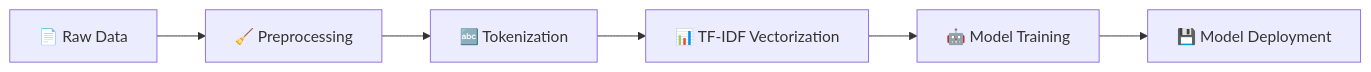
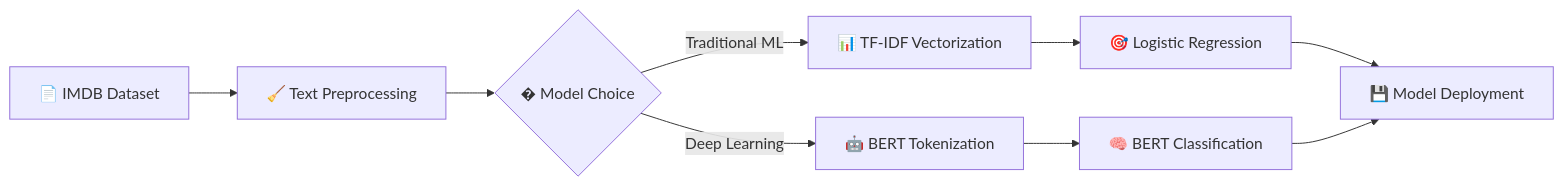
One commit to NayeemHossenJim/Task-Assignment-AI-ML-Engineer-Position-at-BBS changed the diagram in README.md. Above: the diagram before and after it, drawn with Mermaid. The commit also changed other lines of this file, not shown here.

````diff
--- a/README.md
+++ b/README.md
@@ -42,8 +44,11 @@
 ```mermaid
 graph LR
-    A[📄 Raw Data] --> B[🧹 Preprocessing]
-    B --> C[🔤 Tokenization]
-    C --> D[📊 TF-IDF Vectorization]
-    D --> E[🤖 Model Training]
-    E --> F[💾 Model Deployment]
+    A[📄 IMDB Dataset] --> B[🧹 Text Preprocessing]
+    B --> C{� Model Choice}
+    C -->|Traditional ML| D[📊 TF-IDF Vectorization]
+    C -->|Deep Learning| E[🤖 BERT Tokenization]
+    D --> F[🎯 Logistic Regression]
+    E --> G[🧠 BERT Classification]
+    F --> H[💾 Model Deployment]
+    G --> H
 ```
````
